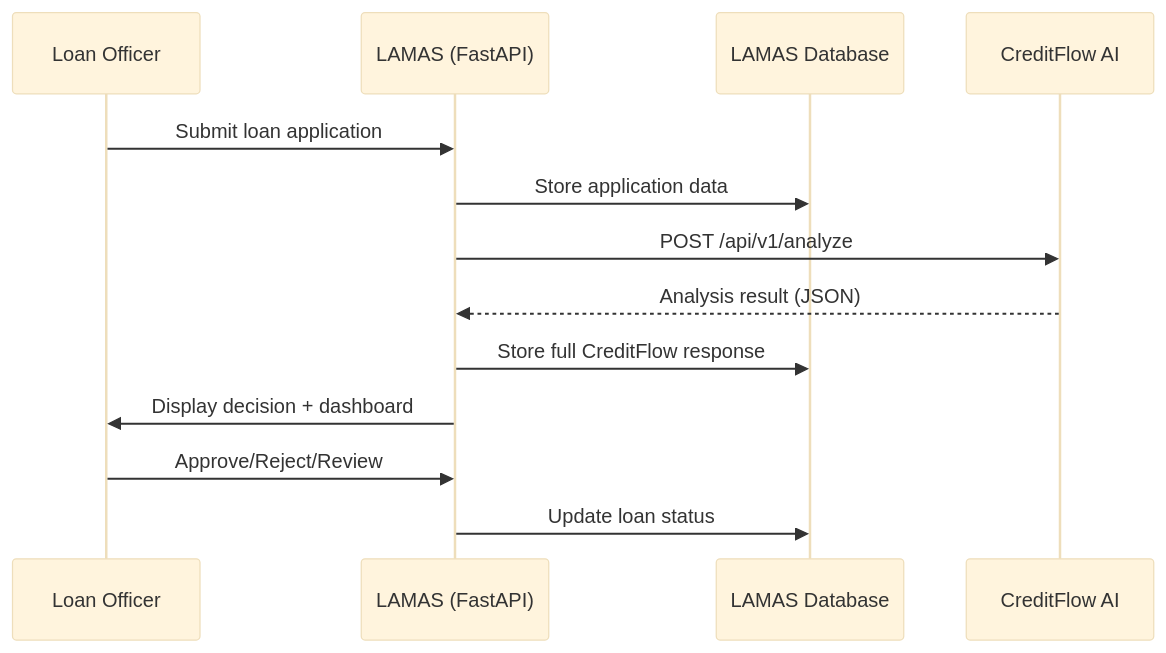
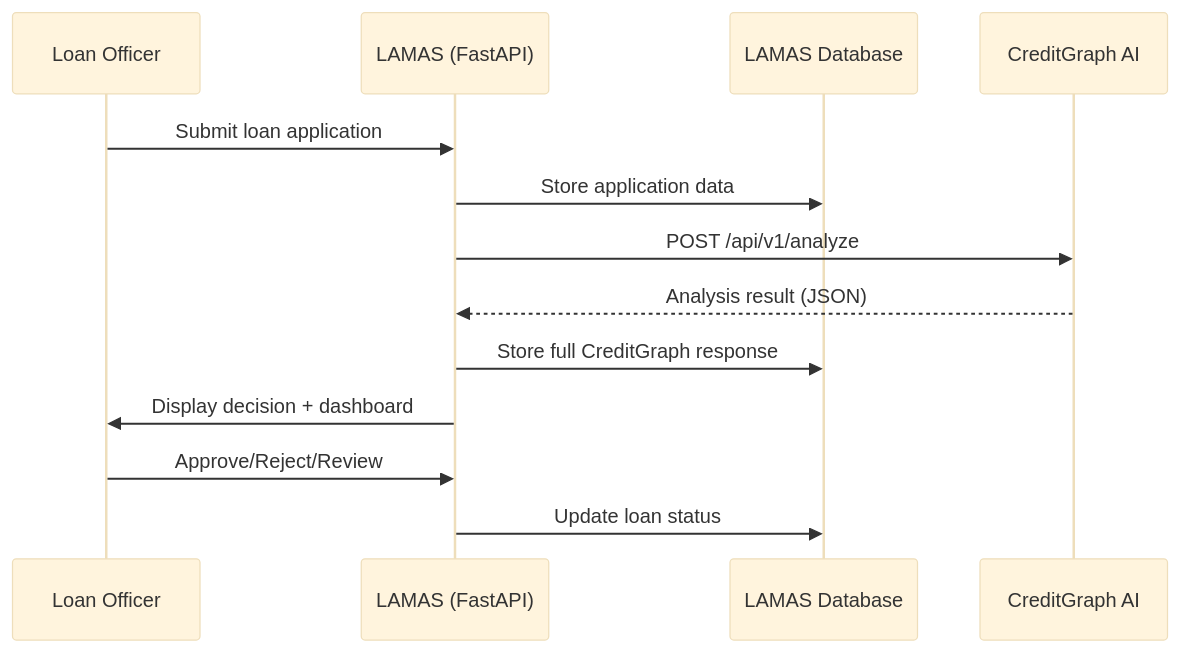
One commit to ibernabel/lamas-py changed the diagram in docs/planning/lamas-integration-requirements.md. Above: the diagram before and after it, drawn with Mermaid (base theme). The commit also changed other lines of this file and 4 other files, not shown here.

````diff
--- a/docs/planning/lamas-integration-requirements.md
+++ b/docs/planning/lamas-integration-requirements.md
@@ -21,16 +21,16 @@
 ```mermaid
 sequenceDiagram
     participant User as Loan Officer
     participant LAMAS as LAMAS (FastAPI)
     participant DB as LAMAS Database
-    participant CreditFlow as CreditFlow AI
+    participant CreditGraph as CreditGraph AI
 
     User->>LAMAS: Submit loan application
     LAMAS->>DB: Store application data
-    LAMAS->>CreditFlow: POST /api/v1/analyze
-    CreditFlow-->>LAMAS: Analysis result (JSON)
-    LAMAS->>DB: Store full CreditFlow response
+    LAMAS->>CreditGraph: POST /api/v1/analyze
+    CreditGraph-->>LAMAS: Analysis result (JSON)
+    LAMAS->>DB: Store full CreditGraph response
     LAMAS->>User: Display decision + dashboard
     User->>LAMAS: Approve/Reject/Review
     LAMAS->>DB: Update loan status
 ```
````
